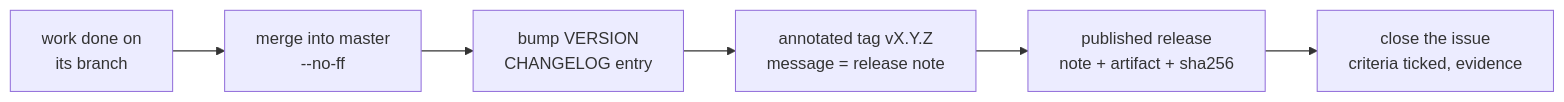
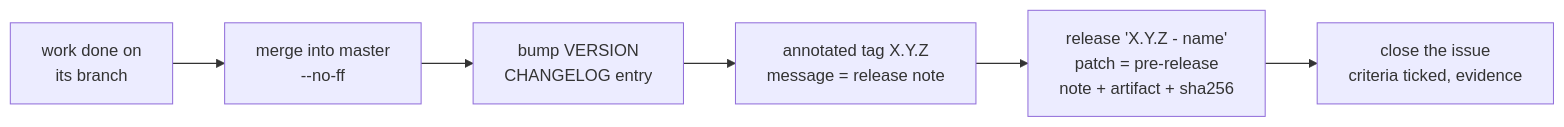
The second of 2 diagrams in CONTRIBUTING.md (andrediashexa/prisma-web), drawn with Mermaid before and after one commit. The commit also changed other lines of this file and 3 other files, not shown here.

First line of the commit message:
Formato de versões: tag X.Y.Z, nome na release, patch como pré-release (#8)

````diff
--- a/CONTRIBUTING.md
+++ b/CONTRIBUTING.md
@@ -212,8 +224,8 @@
 ```mermaid
 flowchart LR
     A["work done on<br/>its branch"] --> B["merge into master<br/>--no-ff"]
     B --> C["bump VERSION<br/>CHANGELOG entry"]
-    C --> D["annotated tag vX.Y.Z<br/>message = release note"]
-    D --> E["published release<br/>note + artifact + sha256"]
+    C --> D["annotated tag X.Y.Z<br/>message = release note"]
+    D --> E["release 'X.Y.Z - name'<br/>patch = pre-release<br/>note + artifact + sha256"]
     E --> F["close the issue<br/>criteria ticked, evidence"]
 ```
````
